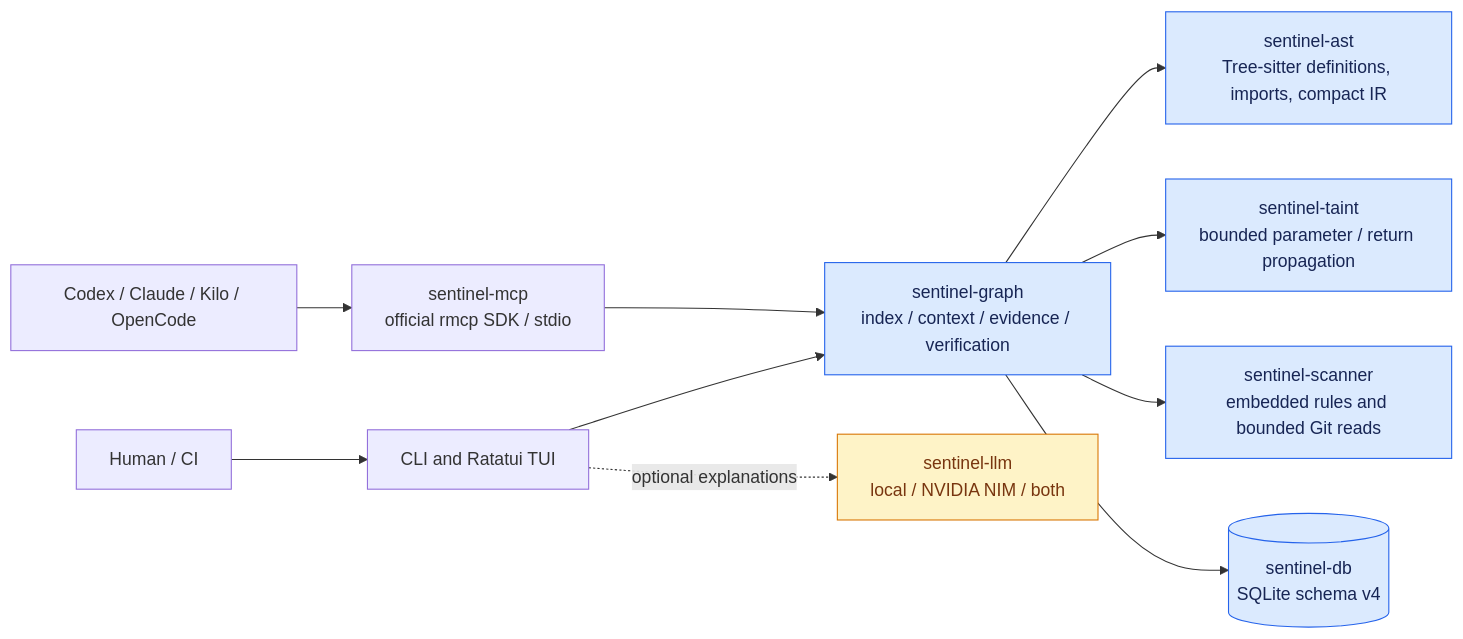
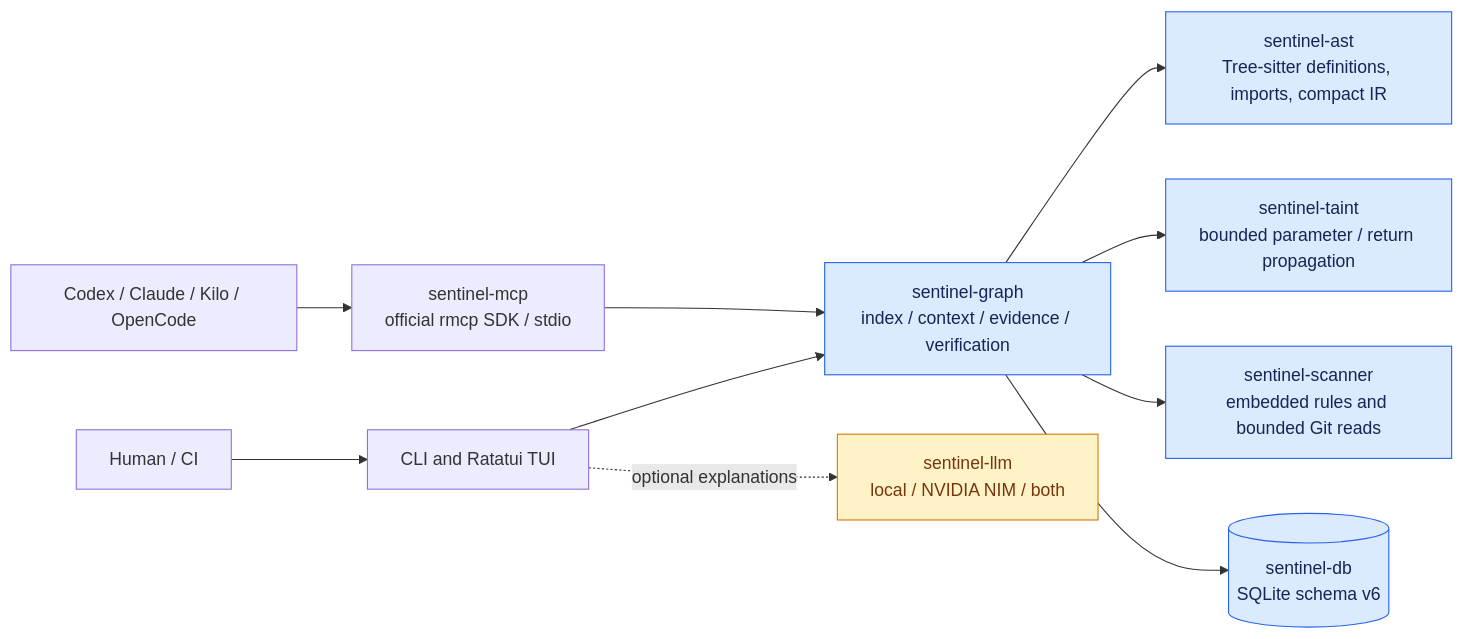
The seventh of 9 diagrams in README.md (Kushalongit-hub/Sentinel), drawn with Mermaid before and after one commit. The commit also changed other lines of this file and 65 other files, not shown here.

````diff
--- a/README.md
+++ b/README.md
@@ -635,16 +686,16 @@
 ```mermaid
 flowchart LR
     Human["Human / CI"] --> CLI["CLI and Ratatui TUI"]
     Agent["Codex / Claude / Kilo / OpenCode"] --> MCP["sentinel-mcp<br/>official rmcp SDK / stdio"]
     CLI --> Graph["sentinel-graph<br/>index / context / evidence / verification"]
     MCP --> Graph
     Graph --> AST["sentinel-ast<br/>Tree-sitter definitions, imports, compact IR"]
     Graph --> Trace["sentinel-taint<br/>bounded parameter / return propagation"]
     Graph --> Rules["sentinel-scanner<br/>embedded rules and bounded Git reads"]
-    Graph --> DB[("sentinel-db<br/>SQLite schema v4")]
+    Graph --> DB[("sentinel-db<br/>SQLite schema v6")]
     CLI -. "optional explanations" .-> AI["sentinel-llm<br/>local / NVIDIA NIM / both"]
     classDef engine fill:#dbeafe,stroke:#2563eb,color:#172554;
     classDef optional fill:#fef3c7,stroke:#d97706,color:#78350f;
     class Graph,AST,Trace,Rules,DB engine;
     class AI optional;
 ```
````
